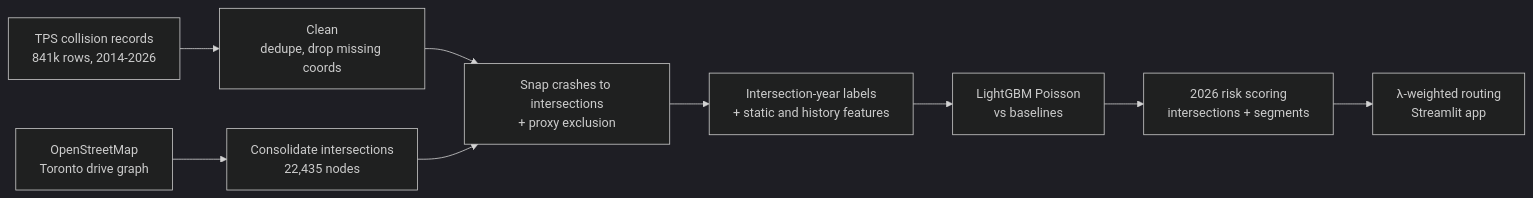
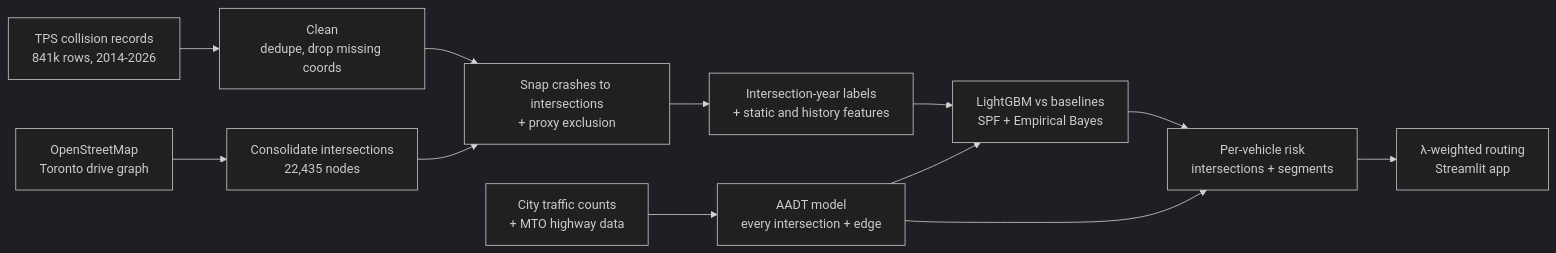
Before and after one commit to MatthewKim07/safepath: the diagram in README.md, drawn with Mermaid (dark theme). The commit also changed other lines of this file, not shown here.

Commit message:
Correct README statements that per-vehicle risk made out of date

````diff
--- a/README.md
+++ b/README.md
@@ -17,11 +18,14 @@
 ```mermaid
 flowchart LR
     A[TPS collision records<br/>841k rows, 2014-2026] --> B[Clean<br/>dedupe, drop missing coords]
     C[OpenStreetMap<br/>Toronto drive graph] --> D[Consolidate intersections<br/>22,435 nodes]
     B --> E[Snap crashes to intersections<br/>+ proxy exclusion]
     D --> E
     E --> F[Intersection-year labels<br/>+ static and history features]
-    F --> G[LightGBM Poisson<br/>vs baselines]
-    G --> H[2026 risk scoring<br/>intersections + segments]
+    J[City traffic counts<br/>+ MTO highway data] --> K[AADT model<br/>every intersection + edge]
+    F --> G[LightGBM vs baselines<br/>SPF + Empirical Bayes]
+    K --> G
+    G --> H[Per-vehicle risk<br/>intersections + segments]
+    K --> H
     H --> I[λ-weighted routing<br/>Streamlit app]
 ```
````
